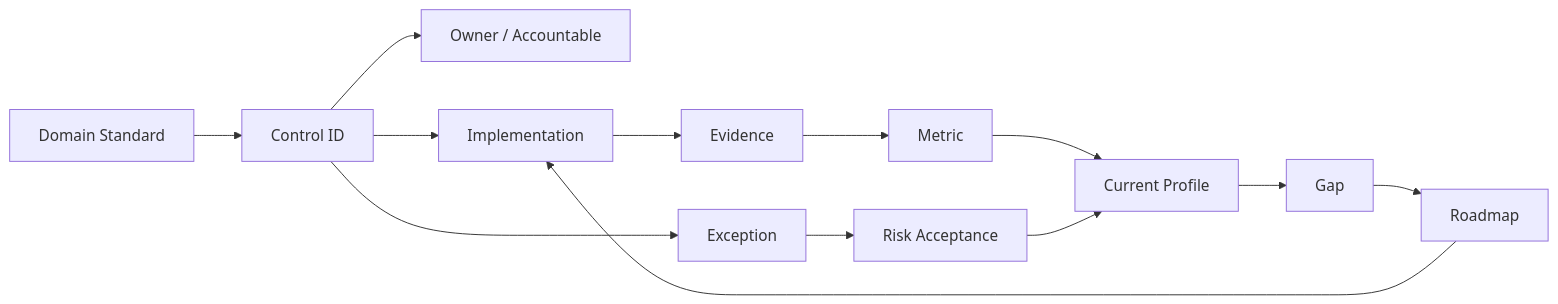
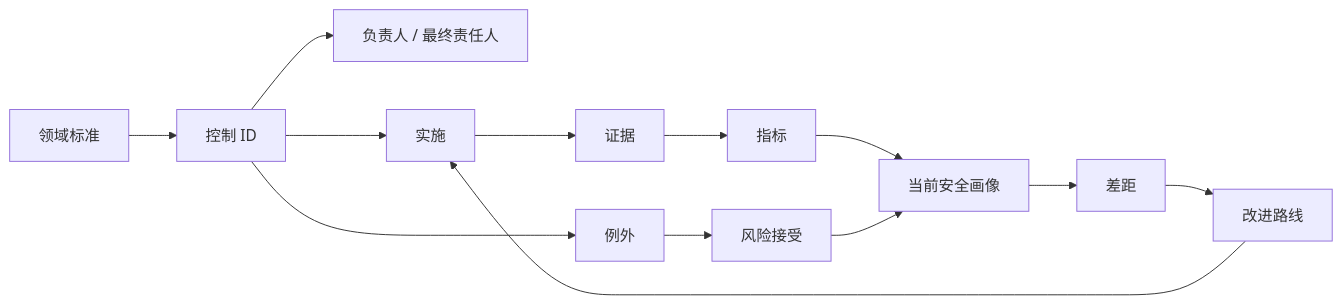
One commit to xiaochen201807/company-network-security-docs changed the tenth of 10 diagrams in docs/公司安全知识图谱.md. Above: the diagram before and after it, drawn with Mermaid. The commit also changed other lines of this file and 81 other files, not shown here.

```diff
--- a/docs/公司安全知识图谱.md
+++ b/docs/公司安全知识图谱.md
@@ -608,16 +608,16 @@
 ~~~mermaid
 flowchart LR
-    STD["Domain Standard"] --> CTRL["Control ID"]
-    CTRL --> OWNER["Owner / Accountable"]
-    CTRL --> IMPL["Implementation"]
-    IMPL --> EVIDENCE["Evidence"]
-    EVIDENCE --> METRIC["Metric"]
-    METRIC --> PROFILE["Current Profile"]
-    PROFILE --> GAP["Gap"]
-    GAP --> ROADMAP["Roadmap"]
+    STD["领域标准"] --> CTRL["控制 ID"]
+    CTRL --> OWNER["负责人 / 最终责任人"]
+    CTRL --> IMPL["实施"]
+    IMPL --> EVIDENCE["证据"]
+    EVIDENCE --> METRIC["指标"]
+    METRIC --> PROFILE["当前安全画像"]
+    PROFILE --> GAP["差距"]
+    GAP --> ROADMAP["改进路线"]
     ROADMAP --> IMPL
 
-    CTRL --> EX["Exception"]
-    EX --> RISK["Risk Acceptance"]
+    CTRL --> EX["例外"]
+    EX --> RISK["风险接受"]
     RISK --> PROFILE
 ~~~
```
